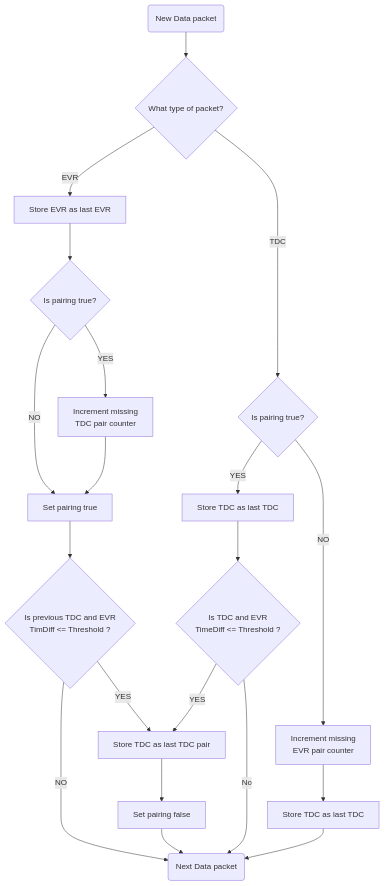
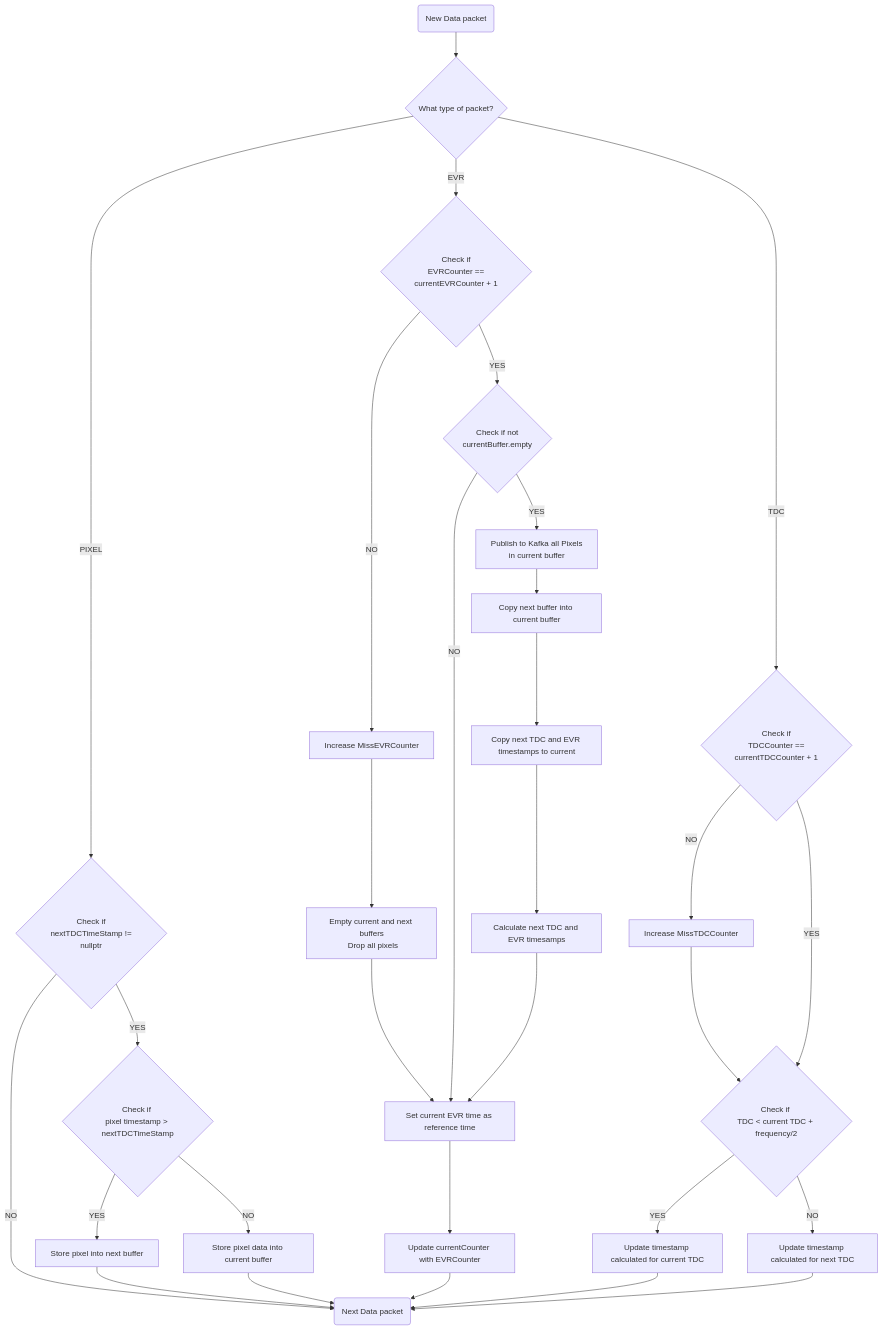
One commit to ess-dmsc/event-formation-unit changed the diagram in src/modules/timepix3/readout/README.md. Above: the diagram before and after it, drawn with Mermaid.

Commit message:
Update flow chart according to new schema

````diff
--- a/src/modules/timepix3/readout/README.md
+++ b/src/modules/timepix3/readout/README.md
@@ -11,41 +11,52 @@
 ```mermaid
 flowchart TD
 
 Parsing{What type of packet?}
-PairingTDC{Is pairing true?}
-PairingEVR{Is pairing true?}
-FindPairPreviousTDC{Is previous TDC and EVR\nTimDiff <= Threshold ?}
-FindPairTimeDiff{Is TDC and EVR \nTimeDiff <= Threshold ?}
+IsPixelNextTDC{Check if \npixel timestamp > nextTDCTimeStamp}
+IsTDCCurrent{Check if \nTDC < current TDC + frequency/2}
+IsNextTDCExists{Check if\n nextTDCTimeStamp != nullptr}
+CheckCurrentBuffer{Check if not\n currentBuffer.empty}
+CheckEVRCounter{Check if\n EVRCounter == currentEVRCounter + 1}
+CheckTDCCounter{Check if\n TDCCounter == currentTDCCounter + 1}
 
-SetPairingTrue[Set pairing true]
-SetPairingFalse[Set pairing false]
-StoreEVRData[Store EVR as last EVR]
-StoreTDCData1[Store TDC as last TDC]
-StoreTDCData2[Store TDC as last TDC]
-StoreTDCPair[Store TDC as last TDC pair]
-MissingTDCPair[Increment missing\nTDC pair counter]
-MissingEVRPair[Increment missing\nEVR pair counter]
+UpdateCurrentTDCTimeStamp[Update timestamp calculated for current TDC]
+UpdateNextTDCTimeStamp[Update timestamp calculated for next TDC]
+PublishCurrentPixels[Publish to Kafka all Pixels\n in current buffer]
+CopyNextBufferToCurrent[Copy next buffer into current buffer]
+UpdateTimings[Copy next TDC and EVR timestamps to current]
+CalculateNext[Calculate next TDC and EVR timesamps]
+SetSerialiserReferenceTime[Set current EVR time as reference time]
+StorePixelDataNext[Store pixel into next buffer]
+StorePixelDataCurrent[Store pixel data into current buffer]
+UpdateEVRCounter[Update currentCounter with EVRCounter]
+EmptyBuffers[Empty current and next buffers\n Drop all pixels]
+IncreaseMissEVR[Increase MissEVRCounter]
+IncreaseMissTDC[Increase MissTDCCounter]
 
 NextPacket(Next Data packet)
 NewPacket(New Data packet)
 
 NewPacket --> Parsing
-Parsing -->|EVR| StoreEVRData --> PairingEVR
-Parsing -->|TDC| PairingTDC
 
-PairingTDC -->|YES| StoreTDCData1 --> FindPairTimeDiff
-PairingTDC -->|NO| MissingEVRPair --> StoreTDCData2
-StoreTDCData2 --> NextPacket
+Parsing -->|PIXEL| IsNextTDCExists
+IsNextTDCExists -->|NO| NextPacket
+IsNextTDCExists -->|YES| IsPixelNextTDC
+IsPixelNextTDC -->|YES| StorePixelDataNext --> NextPacket
+IsPixelNextTDC -->|NO| StorePixelDataCurrent --> NextPacket
 
+Parsing -->|EVR| CheckEVRCounter 
+CheckEVRCounter -->|NO| IncreaseMissEVR
+IncreaseMissEVR--> EmptyBuffers --> SetSerialiserReferenceTime
+CheckEVRCounter -->|YES| CheckCurrentBuffer
+CheckCurrentBuffer -->|NO| SetSerialiserReferenceTime
+CheckCurrentBuffer -->|YES| PublishCurrentPixels --> CopyNextBufferToCurrent
+CopyNextBufferToCurrent --> UpdateTimings --> CalculateNext
+CalculateNext --> SetSerialiserReferenceTime
+SetSerialiserReferenceTime --> UpdateEVRCounter --> NextPacket
 
-PairingEVR -->|NO| SetPairingTrue --> FindPairPreviousTDC
-PairingEVR -->|YES| MissingTDCPair --> SetPairingTrue
-
-FindPairTimeDiff -->|YES| StoreTDCPair --> SetPairingFalse
-FindPairTimeDiff -->|No| NextPacket
-
-FindPairPreviousTDC -->|NO| NextPacket
-FindPairPreviousTDC -->|YES| StoreTDCPair
-
-SetPairingFalse --> NextPacket
+Parsing -->|TDC| CheckTDCCounter
+CheckTDCCounter -->|NO| IncreaseMissTDC --> IsTDCCurrent
+CheckTDCCounter -->|YES| IsTDCCurrent
+IsTDCCurrent -->|YES| UpdateCurrentTDCTimeStamp --> NextPacket
+IsTDCCurrent -->|NO| UpdateNextTDCTimeStamp --> NextPacket
 ```
````
